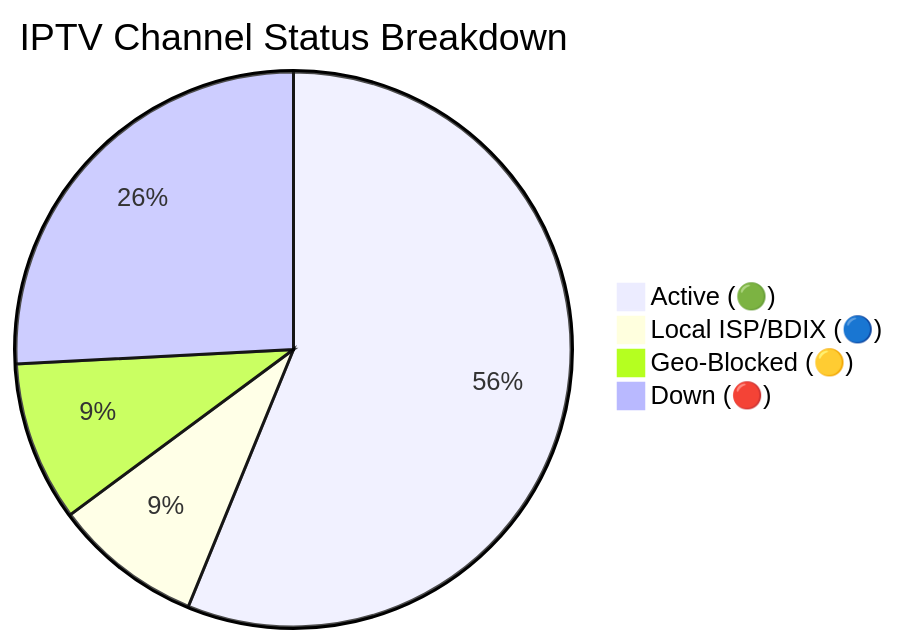
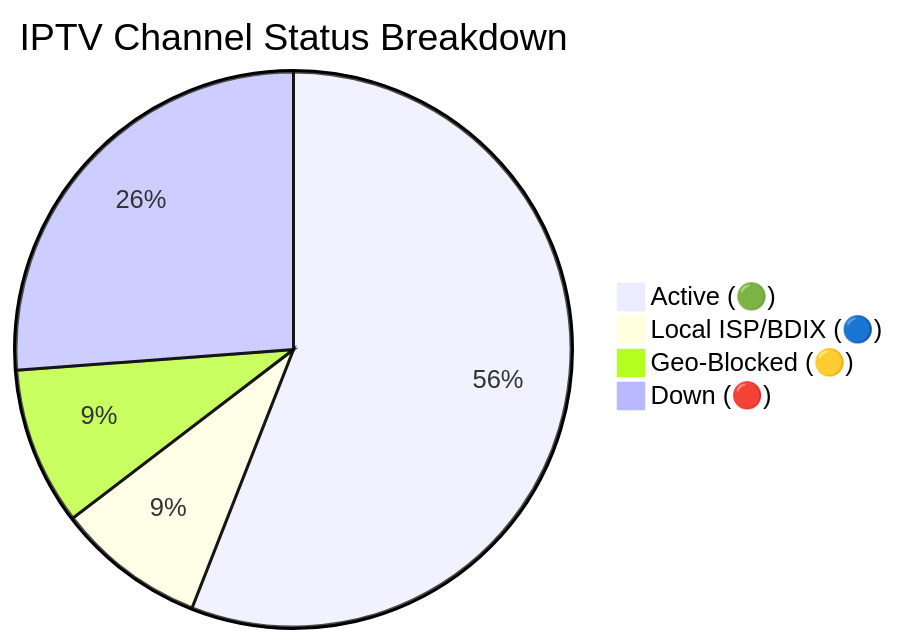
One commit to Zaman-Topu/Ip-tv-Collection changed the diagram in README.md. Above: the diagram before and after it, drawn with Mermaid. The commit also changed other lines of this file and 6 other files, not shown here.

````diff
--- a/README.md
+++ b/README.md
@@ -149,7 +149,7 @@
 ```mermaid
 pie title IPTV Channel Status Breakdown
-    "Active (🟢)" : 10440
+    "Active (🟢)" : 10417
     "Local ISP/BDIX (🔵)" : 1612
-    "Geo-Blocked (🟡)" : 1730
-    "Down (🔴)" : 4800
+    "Geo-Blocked (🟡)" : 1712
+    "Down (🔴)" : 4876
 ```
````
